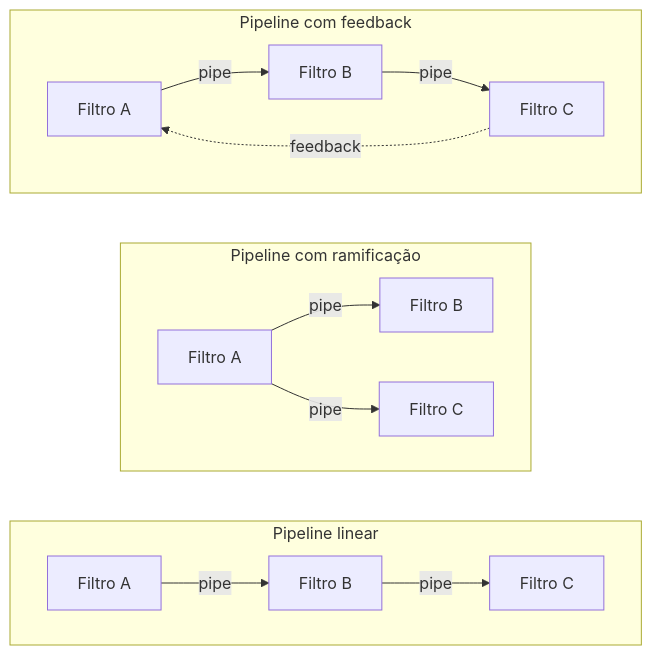
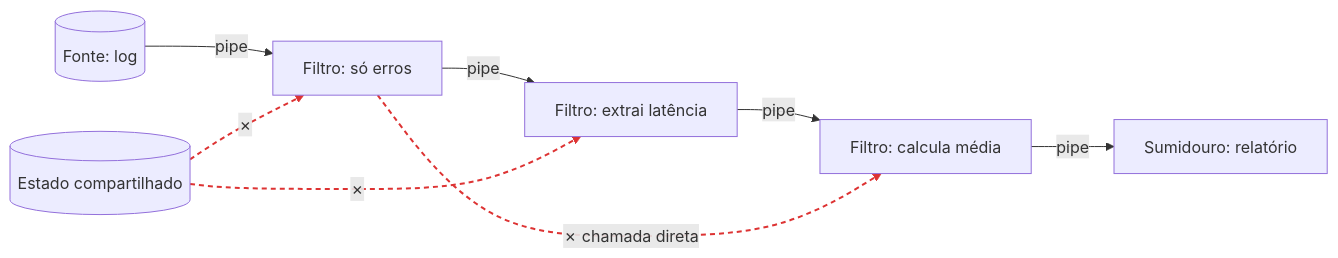
One commit to thiagoleal435/guia-arquitetura-de-software changed the diagram in content/01-pipe-and-filter/index.qmd. Above: the diagram before and after it, drawn with Mermaid. The commit also changed other lines of this file and 6 other files, not shown here.

Commit message:
docs: atualiza texto do tópico Pipe and Filter, transcrição e referências

````diff
--- a/content/01-pipe-and-filter/index.qmd
+++ b/content/01-pipe-and-filter/index.qmd
@@ -262,21 +60,13 @@
 ```{mermaid}
-%%| label: fig-variantes
-%%| fig-cap: "Variantes do estilo Pipe and Filter: pipeline linear (acima), com ramificação tee (meio) e com feedback (abaixo)."
+%%| label: fig-pipeline
+%%| fig-cap: "Estrutura do estilo. Linhas contínuas: fluxo permitido. Linhas tracejadas em vermelho, marcadas com ✗: conexões proibidas."
 flowchart LR
-    subgraph Linear["Pipeline linear"]
-        direction LR
-        L1["Filtro A"] -->|pipe| L2["Filtro B"] -->|pipe| L3["Filtro C"]
-    end
-
-    subgraph Tee["Pipeline com ramificação"]
-        direction LR
-        T1["Filtro A"] -->|pipe| T2["Filtro B"]
-        T1 -->|pipe| T3["Filtro C"]
-    end
-
-    subgraph Feedback["Pipeline com feedback"]
-        direction LR
-        FB1["Filtro A"] -->|pipe| FB2["Filtro B"] -->|pipe| FB3["Filtro C"]
-        FB3 -.->|"feedback"| FB1
-    end
+    F[(Fonte: log)] -->|pipe| A[Filtro: só erros]
+    A -->|pipe| B[Filtro: extrai latência]
+    B -->|pipe| C[Filtro: calcula média]
+    C -->|pipe| S[Sumidouro: relatório]
+    A -.->|✗ chamada direta| C
+    E[(Estado compartilhado)] -.->|✗| A
+    E -.->|✗| B
+    linkStyle 4,5,6 stroke:#d33,stroke-width:2px,stroke-dasharray:5 4
 ```
````
